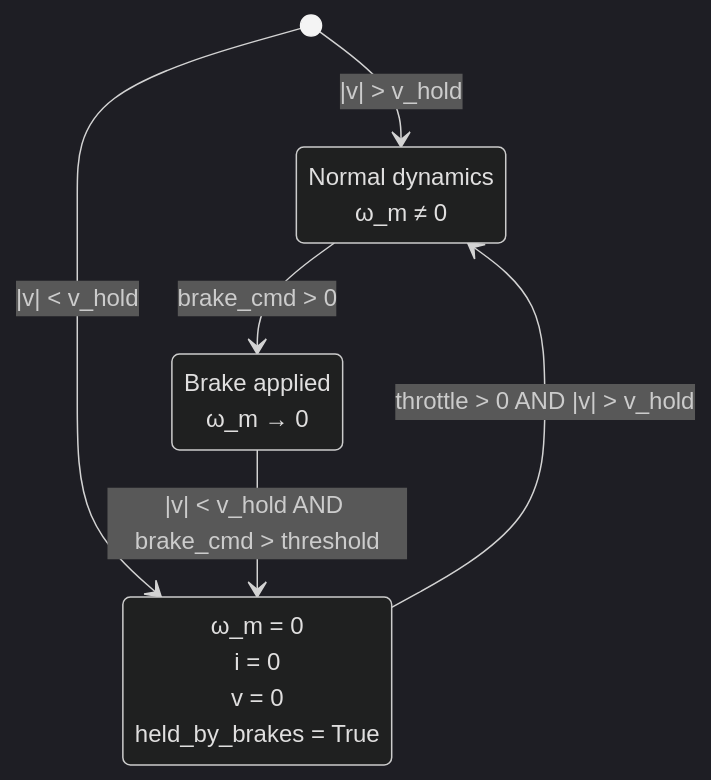
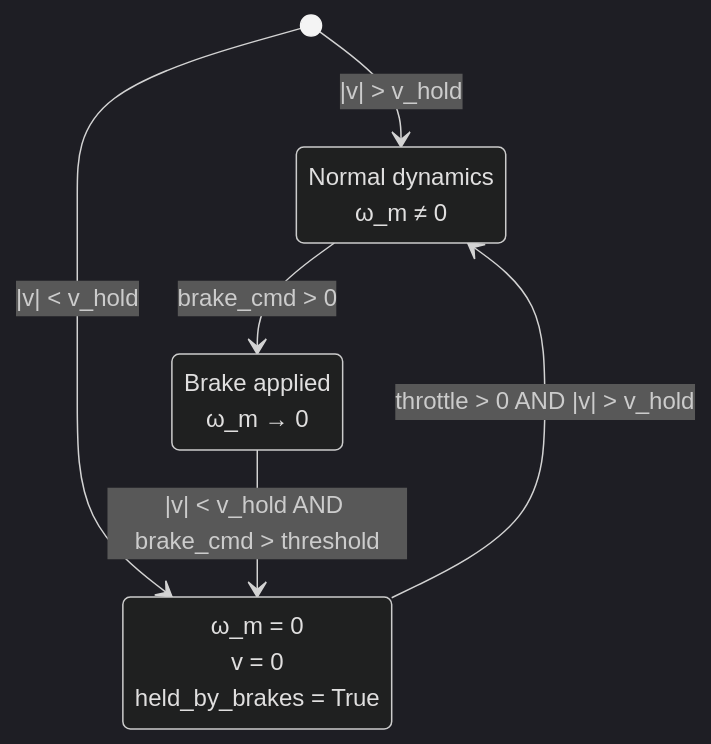
One commit to imagry/VehicleDynamics changed the fifth of 6 diagrams in docs/dynamics_model.md. Above: the diagram before and after it, drawn with Mermaid (dark theme). The commit also changed other lines of this file and 17 other files, not shown here.

````diff
--- a/docs/dynamics_model.md
+++ b/docs/dynamics_model.md
@@ -654,13 +577,13 @@
 ```mermaid
 stateDiagram-v2
     [*] --> Moving: |v| > v_hold
     [*] --> Standstill: |v| < v_hold
     
     Moving --> Braking: brake_cmd > 0
     Braking --> Standstill: |v| < v_hold AND brake_cmd > threshold
     Standstill --> Moving: throttle > 0 AND |v| > v_hold
     
-    Standstill: ω_m = 0<br/>i = 0<br/>v = 0<br/>held_by_brakes = True
+    Standstill: ω_m = 0<br/>v = 0<br/>held_by_brakes = True
     Moving: Normal dynamics<br/>ω_m ≠ 0
     Braking: Brake applied<br/>ω_m → 0
 ```
````
